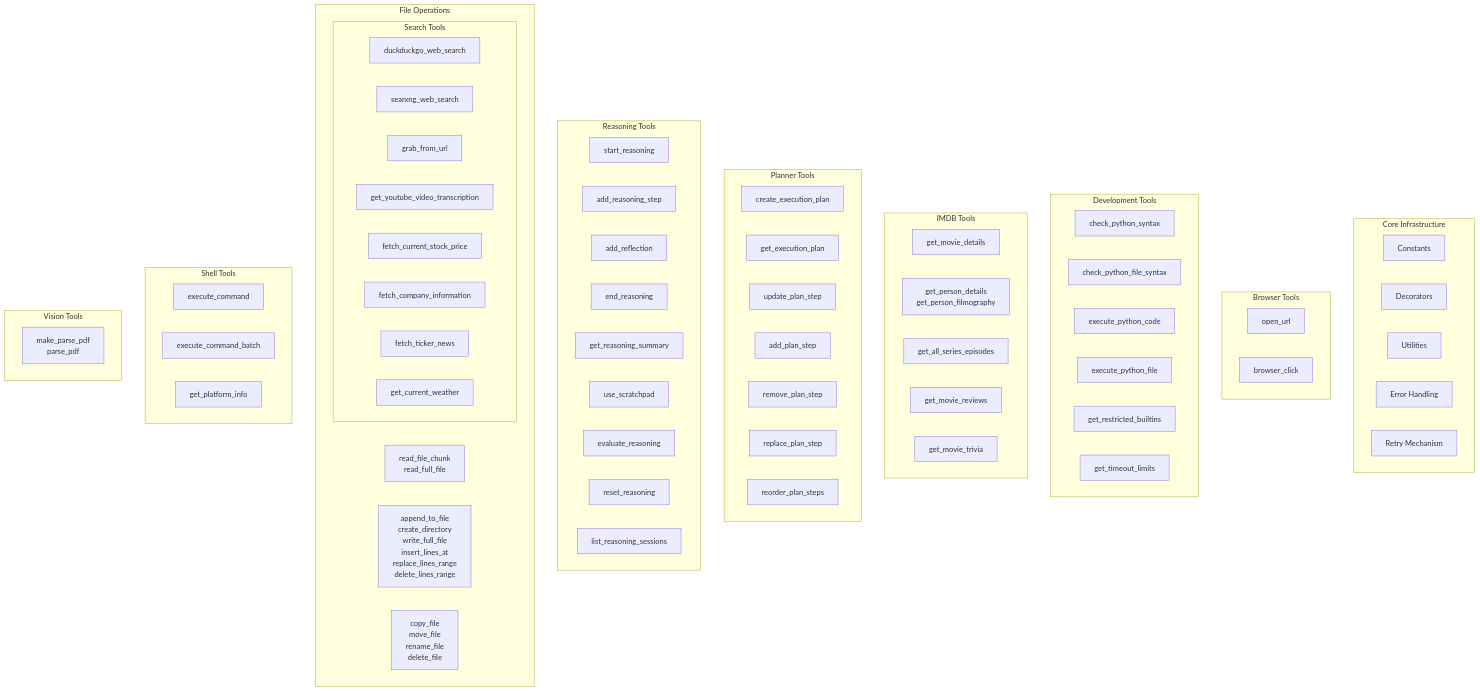
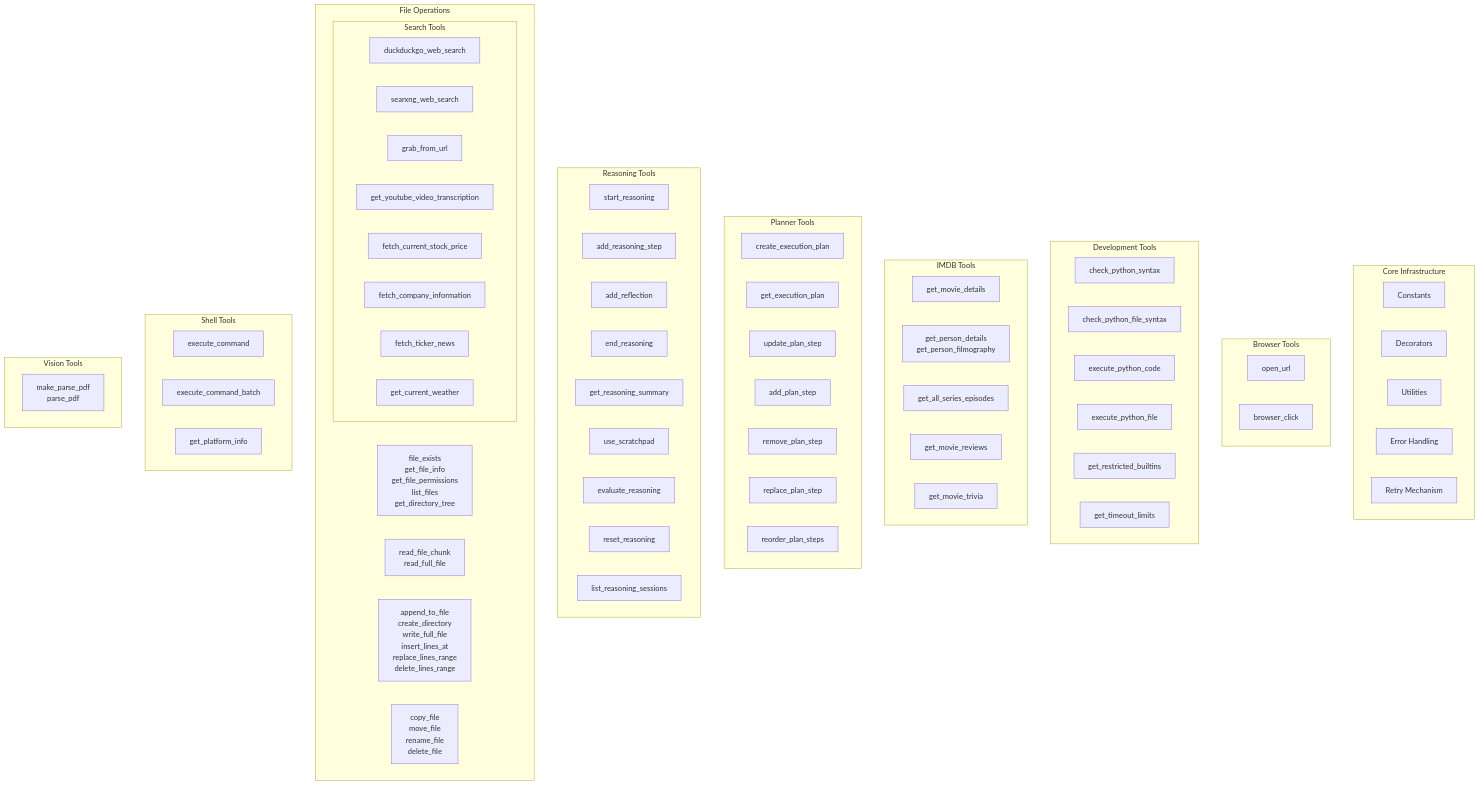
The diagram in docs/tools-inventory.md (malvavisc0/aria), drawn with Mermaid before and after one commit. The commit also changed other lines of this file, not shown here.

```diff
--- a/docs/tools-inventory.md
+++ b/docs/tools-inventory.md
@@ -1101,6 +1120,7 @@
     end
 
     subgraph Files["File Operations"]
+        Inspect["file_exists<br>get_file_info<br>get_file_permissions<br>list_files<br>get_directory_tree"]
         Read["read_file_chunk<br>read_full_file"]
         Write["append_to_file<br>create_directory<br>write_full_file<br>insert_lines_at<br>replace_lines_range<br>delete_lines_range"]
         Search["search_in_files<br>search_files_by_name"]
```
